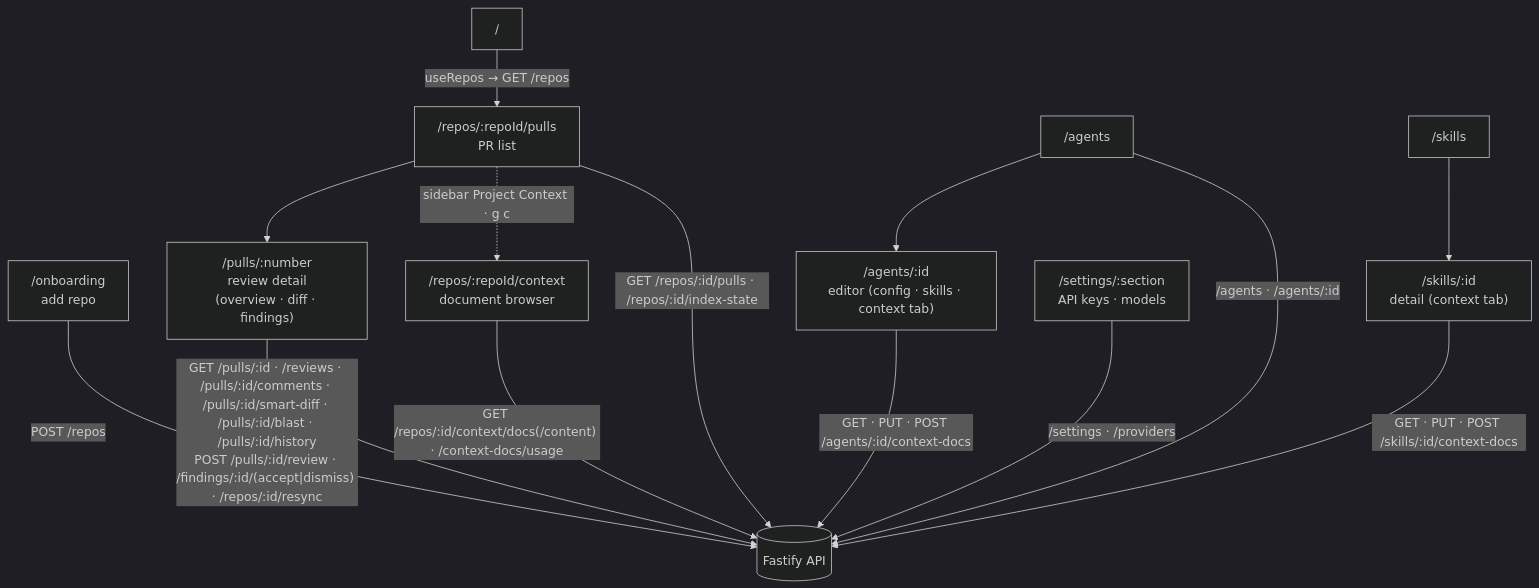
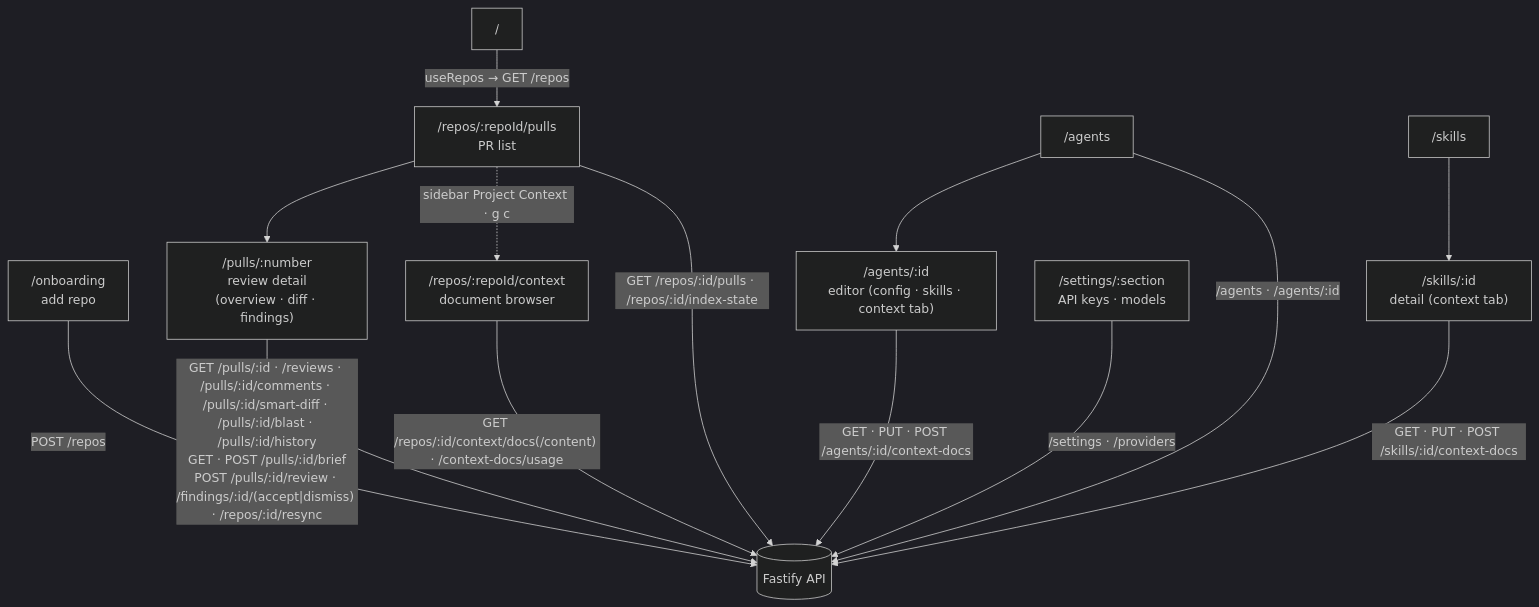
Before and after one commit to Svyat90/dev-digest: the diagram in client/README.md, drawn with Mermaid (dark theme). The commit also changed 3 other files, not shown here.

Commit message:
docs: PR brief URL state, API map, client route map and cache key (T016)

````diff
--- a/client/README.md
+++ b/client/README.md
@@ -24,19 +24,19 @@
 ```mermaid
 flowchart TD
   ROOT["/"] -->|"useRepos → GET /repos"| PULLS["/repos/:repoId/pulls<br/>PR list"]
   ONB["/onboarding<br/>add repo"] -->|"POST /repos"| API[("Fastify API")]
   PULLS --> PR["/pulls/:number<br/>review detail<br/>(overview · diff · findings)"]
 
   PULLS -.->|"sidebar Project Context · g c"| CTX["/repos/:repoId/context<br/>document browser"]
   AGENTS["/agents"] --> AGENT["/agents/:id<br/>editor (config · skills · context tab)"]
   SKILLS["/skills"] --> SKILL["/skills/:id<br/>detail (context tab)"]
   SETTINGS["/settings/:section<br/>API keys · models"]
 
   PULLS -->|"GET /repos/:id/pulls · /repos/:id/index-state"| API
-  PR -->|"GET /pulls/:id · /reviews · /pulls/:id/comments · /pulls/:id/smart-diff · /pulls/:id/blast · /pulls/:id/history<br/>POST /pulls/:id/review · /findings/:id/(accept|dismiss) · /repos/:id/resync"| API
+  PR -->|"GET /pulls/:id · /reviews · /pulls/:id/comments · /pulls/:id/smart-diff · /pulls/:id/blast · /pulls/:id/history<br/>GET · POST /pulls/:id/brief<br/>POST /pulls/:id/review · /findings/:id/(accept|dismiss) · /repos/:id/resync"| API
   CTX -->|"GET /repos/:id/context/docs(/content) · /context-docs/usage"| API
   AGENT -->|"GET · PUT · POST /agents/:id/context-docs"| API
   SKILL -->|"GET · PUT · POST /skills/:id/context-docs"| API
   AGENTS -->|"/agents · /agents/:id"| API
   SETTINGS -->|"/settings · /providers"| API
 ```
````
